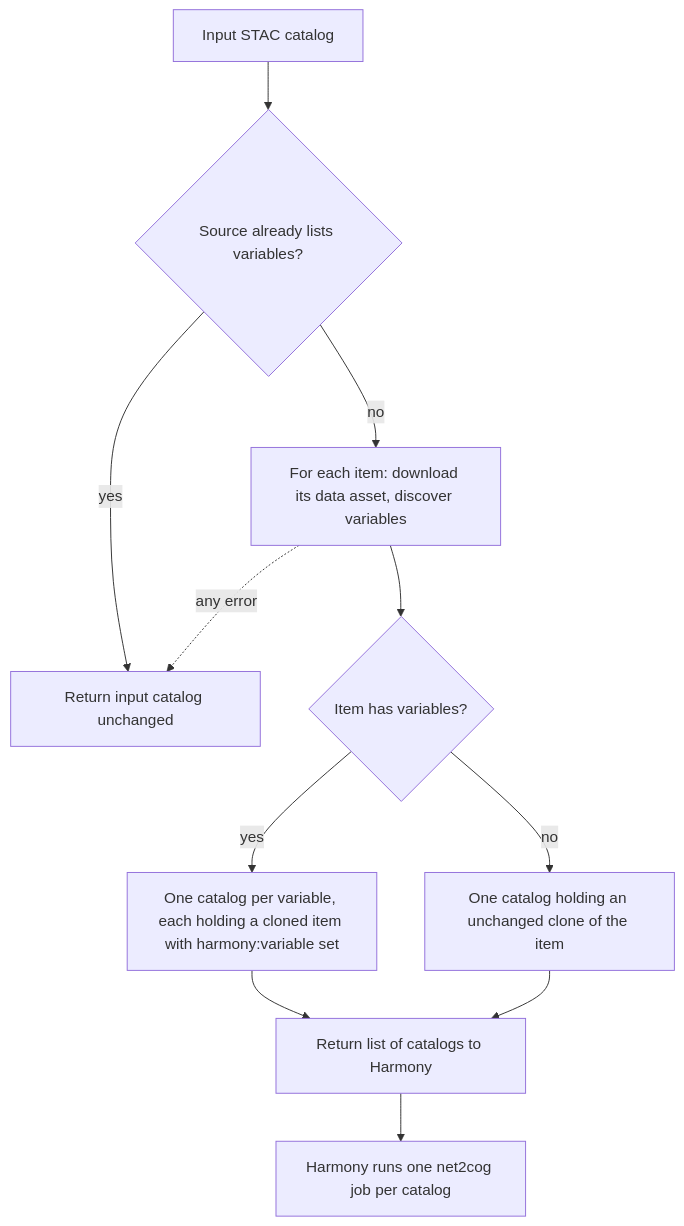
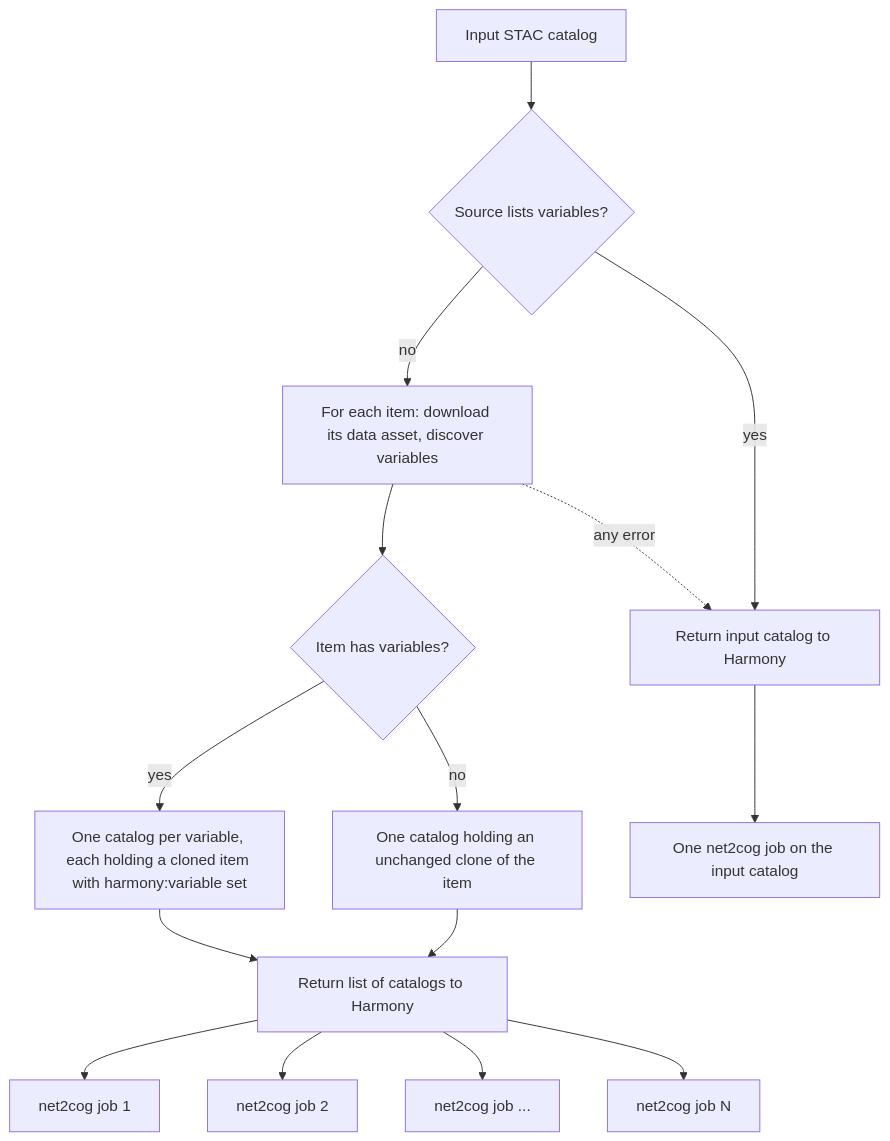
Before and after one commit to flamingbear/harmony-variable-fan-out: the diagram in README.md, drawn with Mermaid. The commit also changed other lines of this file, not shown here.

Commit message:
DAS-2504: Better mermaid diagram.

````diff
--- a/README.md
+++ b/README.md
@@ -10,13 +10,14 @@
 ```mermaid
 flowchart TD
-    A[Input STAC catalog] --> B{Source already lists variables?}
-    B -- yes --> P[Return input catalog unchanged]
+    A[Input STAC catalog] --> B{Source lists variables?}
     B -- no --> C[For each item: download its data asset, discover variables]
     C --> D{Item has variables?}
     D -- yes --> E[One catalog per variable, each holding a cloned item with harmony:variable set]
     D -- no --> F[One catalog holding an unchanged clone of the item]
     E --> G[Return list of catalogs to Harmony]
     F --> G
-    G --> H[Harmony runs one net2cog job per catalog]
+    G --> H[net2cog job 1] & I[net2cog job 2] & J[net2cog job ...] & K[net2cog job N]
+    B -- yes --> P[Return input catalog to Harmony]
     C -. any error .-> P
+    P --> Q[One net2cog job on the input catalog]
 ```
````
